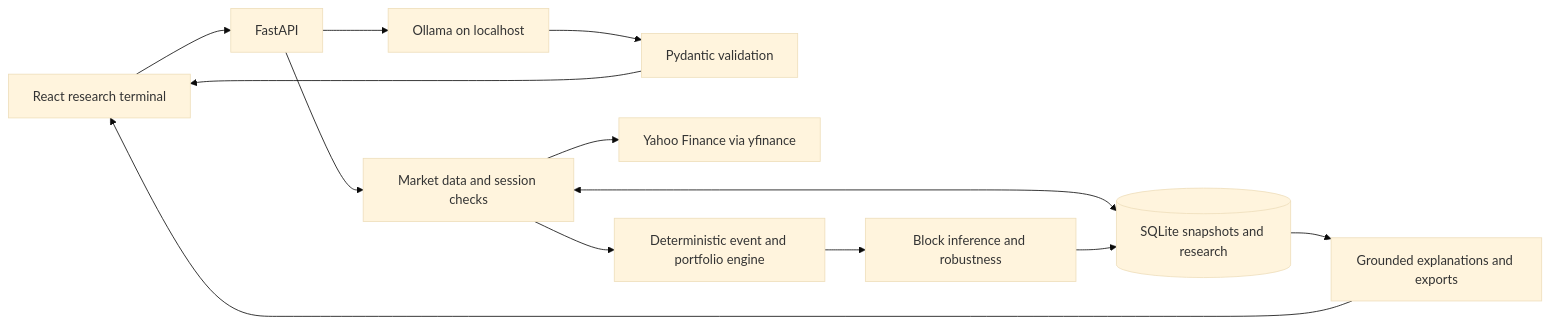
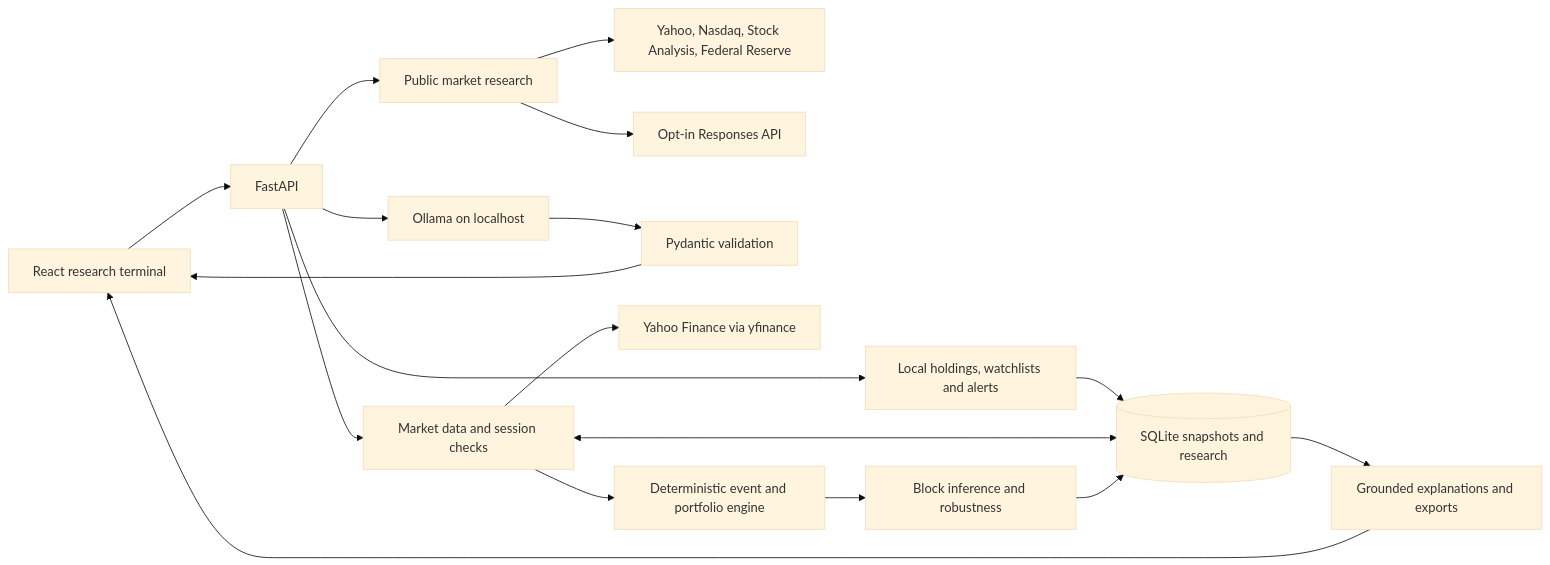
The diagram in docs/ARCHITECTURE.md (FunctionalTools/stockreplay), drawn with Mermaid (base theme) before and after one commit. The commit also changed other lines of this file and 26 other files, not shown here.

````diff
--- a/docs/ARCHITECTURE.md
+++ b/docs/ARCHITECTURE.md
@@ -5,15 +5,20 @@
 ```mermaid
 flowchart LR
     UI[React research terminal] --> API[FastAPI]
+    API --> Desk[Public market research]
+    Desk --> Sources[Yahoo, Nasdaq, Stock Analysis, Federal Reserve]
+    Desk --> OpenAI[Opt-in Responses API]
+    API --> Local[Local holdings, watchlists and alerts]
+    Local --> DB
     API --> AI[Ollama on localhost]
     AI --> Schema[Pydantic validation]
     Schema --> UI
     API --> Market[Market data and session checks]
     Market --> Yahoo[Yahoo Finance via yfinance]
     Market <--> DB[(SQLite snapshots and research)]
     Market --> Engine[Deterministic event and portfolio engine]
     Engine --> Stats[Block inference and robustness]
     Stats --> DB
     DB --> Report[Grounded explanations and exports]
     Report --> UI
 ```
````
